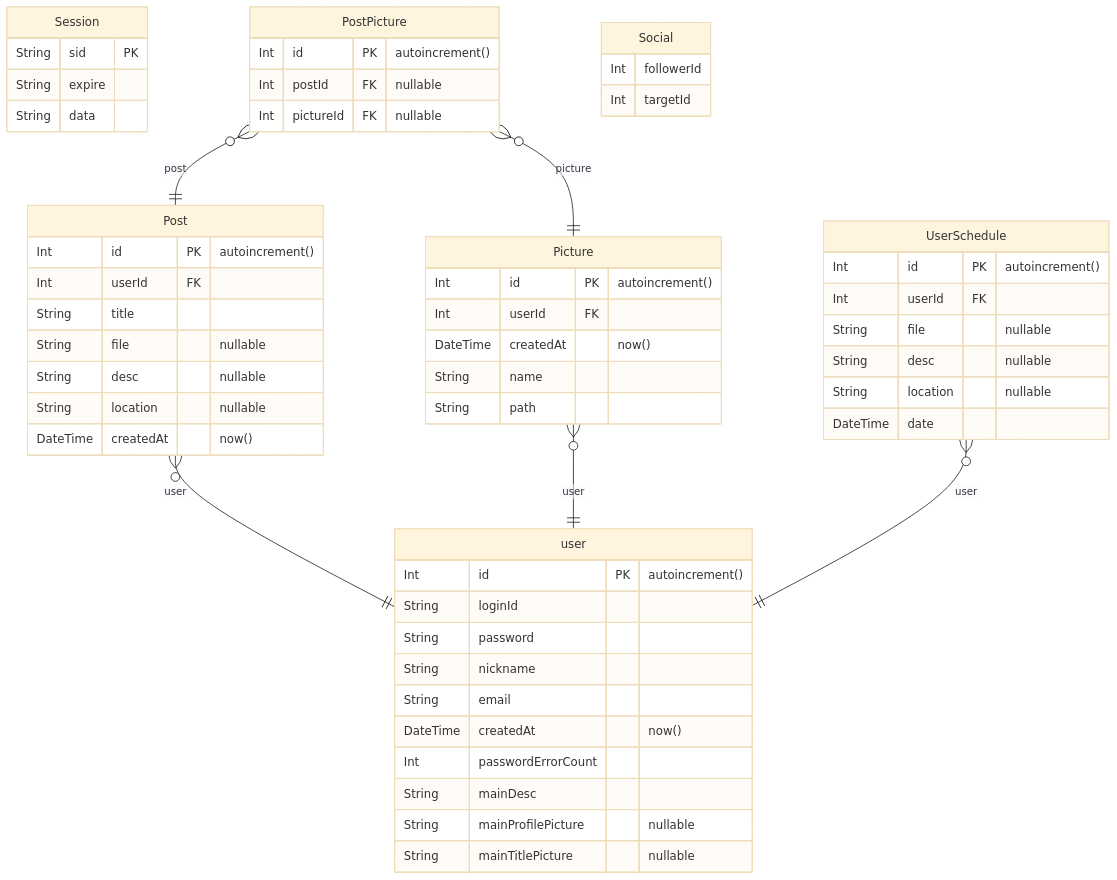
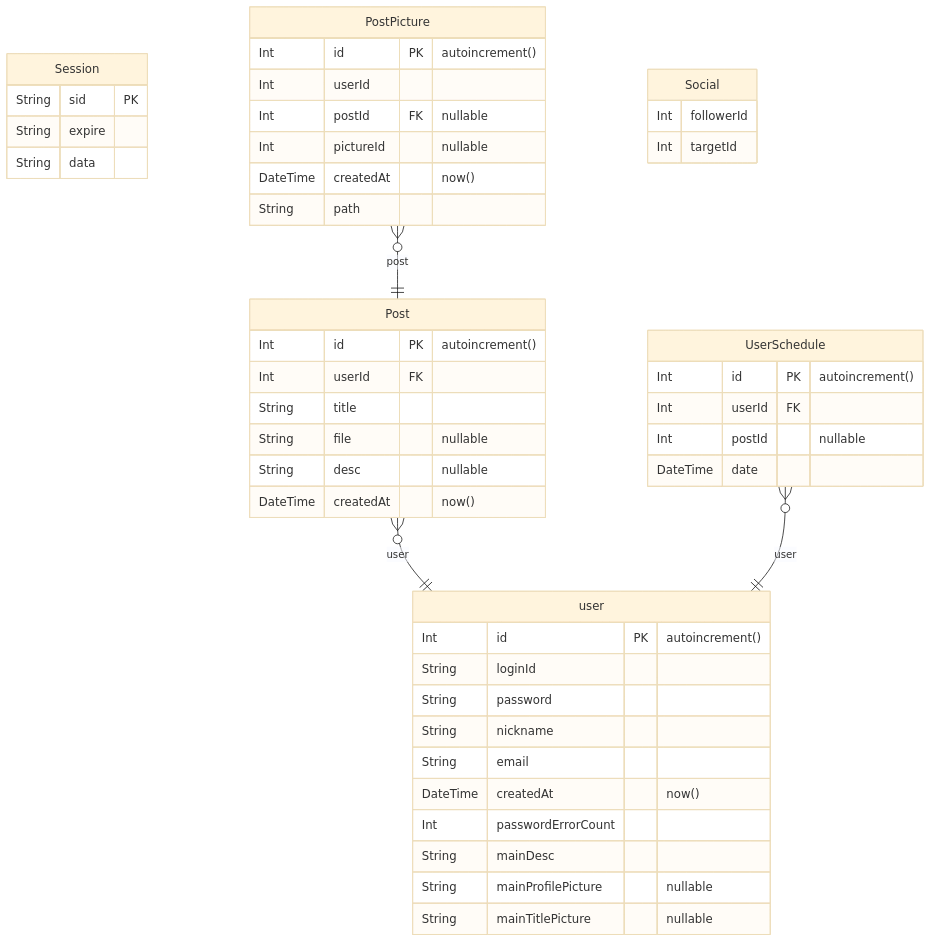
Before and after one commit to LuticaCANARD/Lutica_KNUT_Web_final: the diagram in prisma/ERD.md, drawn with Mermaid (base theme). The commit also changed 15 other files, not shown here.

````diff
--- a/prisma/ERD.md
+++ b/prisma/ERD.md
@@ -1,59 +1,50 @@
 ```mermaid
 erDiagram
 	Session {
 		String sid PK
 		String expire
 		String data
 	}
 	user {
 		Int id PK  "autoincrement()"
 		String loginId
 		String password
 		String nickname
 		String email
 		DateTime createdAt  "now()"
 		Int passwordErrorCount
 		String mainDesc
 		String mainProfilePicture  "nullable"
 		String mainTitlePicture  "nullable"
 	}
 	Post {
 		Int id PK  "autoincrement()"
 		Int userId FK
 		String title
 		String file  "nullable"
 		String desc  "nullable"
-		String location  "nullable"
 		DateTime createdAt  "now()"
-	}
-	Picture {
-		Int id PK  "autoincrement()"
-		Int userId FK
-		DateTime createdAt  "now()"
-		String name
-		String path
 	}
 	PostPicture {
 		Int id PK  "autoincrement()"
+		Int userId
 		Int postId FK  "nullable"
-		Int pictureId FK  "nullable"
+		Int pictureId  "nullable"
+		DateTime createdAt  "now()"
+		String path
 	}
 	UserSchedule {
 		Int id PK  "autoincrement()"
 		Int userId FK
-		String file  "nullable"
-		String desc  "nullable"
-		String location  "nullable"
+		Int postId  "nullable"
 		DateTime date
 	}
 	Social {
 		Int followerId
 		Int targetId
 	}
 	Post }o--|| user : user
-	Picture }o--|| user : user
 	PostPicture }o--|| Post : post
-	PostPicture }o--|| Picture : picture
 	UserSchedule }o--|| user : user
 
 ```
````
